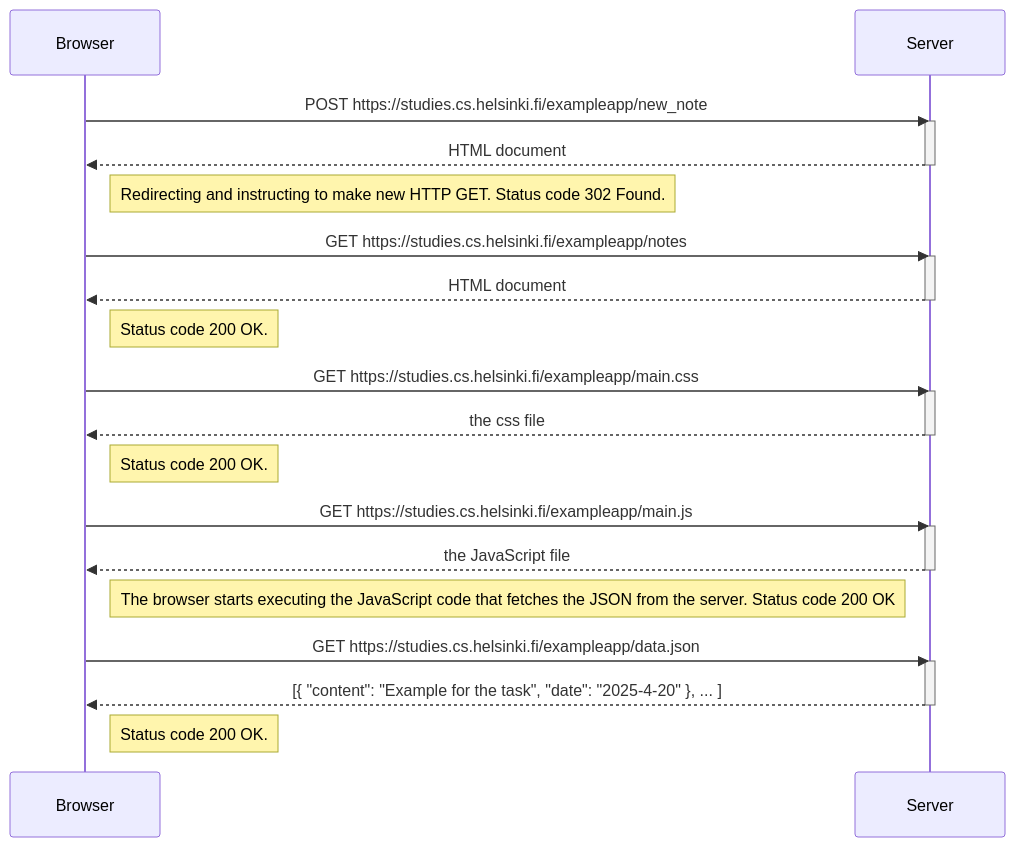
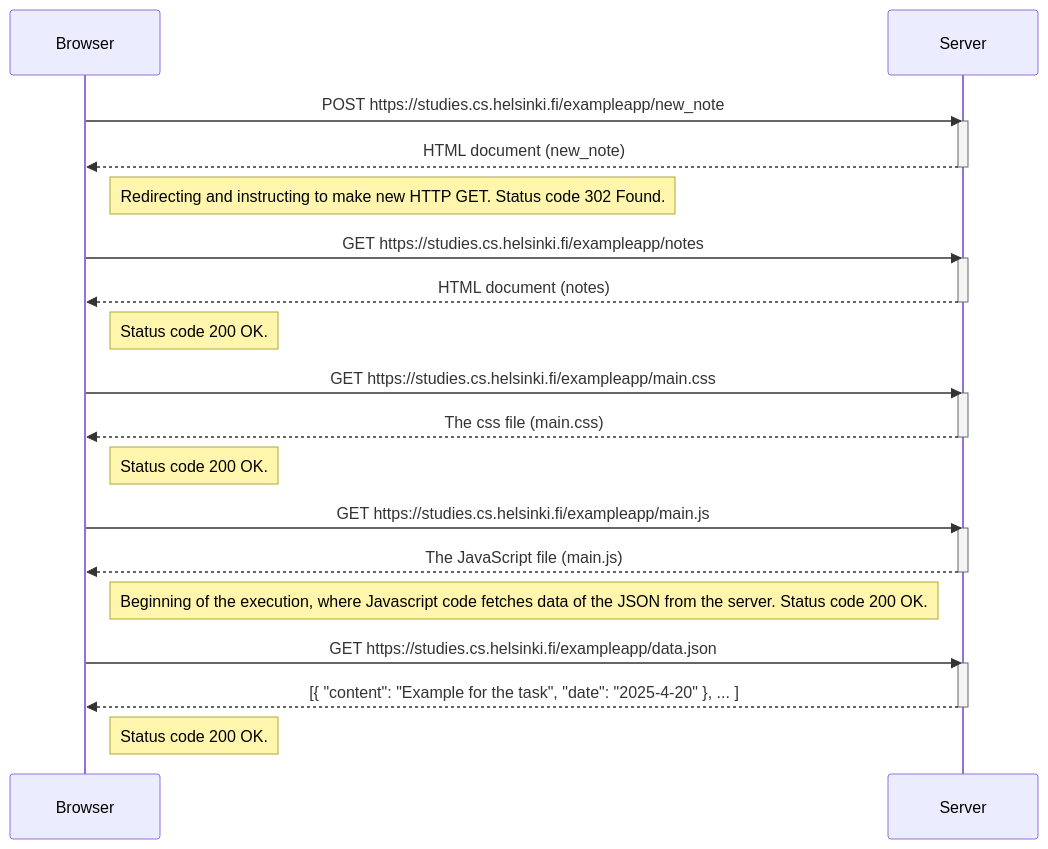
One commit to saravert/FullStackPalautus changed the diagram in osa0/uusiMuistiinpano.md. Above: the diagram before and after it, drawn with Mermaid.

````diff
--- a/osa0/uusiMuistiinpano.md
+++ b/osa0/uusiMuistiinpano.md
@@ -1,40 +1,40 @@
 ```mermaid
 sequenceDiagram
     participant Browser
     participant Server
 
     Browser->>Server: POST https://studies.cs.helsinki.fi/exampleapp/new_note
     activate Server
-    Server-->>Browser: HTML document
+    Server-->>Browser: HTML document (new_note)
     deactivate Server
 
     Note right of Browser: Redirecting and instructing to make new HTTP GET. Status code 302 Found.
 
     Browser->>Server: GET https://studies.cs.helsinki.fi/exampleapp/notes
     activate Server
-    Server-->>Browser: HTML document
+    Server-->>Browser: HTML document (notes)
     deactivate Server
 
     Note right of Browser: Status code 200 OK. 
     
     Browser->>Server: GET https://studies.cs.helsinki.fi/exampleapp/main.css
     activate Server
-    Server-->>Browser: the css file
+    Server-->>Browser: The css file (main.css)
     deactivate Server
 
     Note right of Browser: Status code 200 OK. 
     
     Browser->>Server: GET https://studies.cs.helsinki.fi/exampleapp/main.js
     activate Server
-    Server-->>Browser: the JavaScript file
+    Server-->>Browser: The JavaScript file (main.js)
     deactivate Server
     
-    Note right of Browser: The browser starts executing the JavaScript code that fetches the JSON from the server. Status code 200 OK
+    Note right of Browser: Beginning of the execution, where Javascript code fetches data of the JSON from the server. Status code 200 OK. 
     
     Browser->>Server: GET https://studies.cs.helsinki.fi/exampleapp/data.json
     activate Server
     Server-->>Browser: [{ "content": "Example for the task", "date": "2025-4-20" }, ... ]
     deactivate Server
 
     Note right of Browser: Status code 200 OK. 
 ```
````
